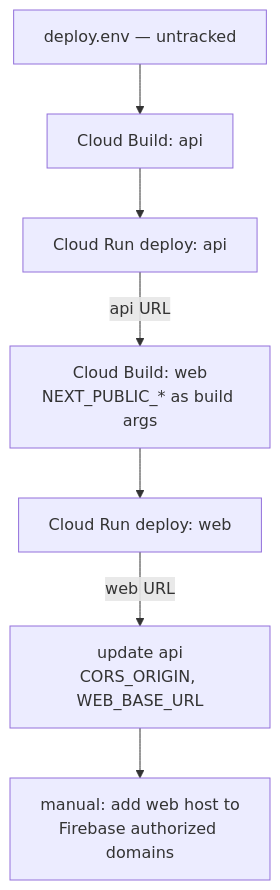
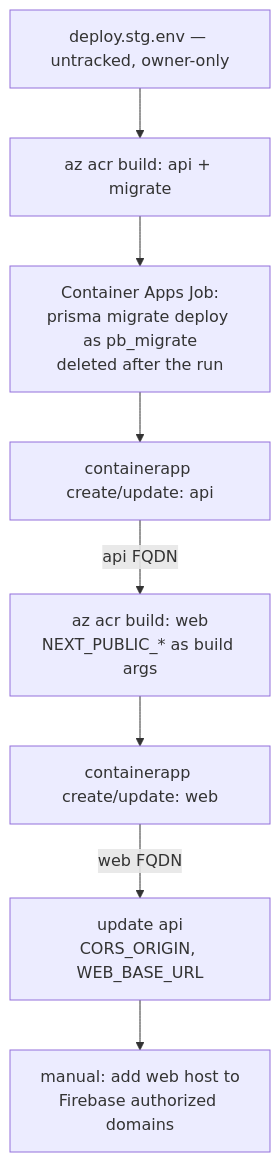
One commit to Lynns0416/buddy-app-copy changed the seventh of 7 diagrams in docs/architecture.md. Above: the diagram before and after it, drawn with Mermaid. The commit also changed other lines of this file and 10 other files, not shown here.

First line of the commit message:
infra: rewrite deploy.sh for Azure Container Apps (#177)

````diff
--- a/docs/architecture.md
+++ b/docs/architecture.md
@@ -340,9 +344,10 @@
 ```mermaid
 flowchart TD
-    C["deploy.env — untracked"] --> B1
-    B1["Cloud Build: api"] --> D1["Cloud Run deploy: api"]
-    D1 -->|"api URL"| B2["Cloud Build: web<br/>NEXT_PUBLIC_* as build args"]
-    B2 --> D2["Cloud Run deploy: web"]
-    D2 -->|"web URL"| P["update api<br/>CORS_ORIGIN, WEB_BASE_URL"]
+    C["deploy.stg.env — untracked, owner-only"] --> B1
+    B1["az acr build: api + migrate"] --> MIG["Container Apps Job:<br/>prisma migrate deploy as pb_migrate<br/>deleted after the run"]
+    MIG --> D1["containerapp create/update: api"]
+    D1 -->|"api FQDN"| B2["az acr build: web<br/>NEXT_PUBLIC_* as build args"]
+    B2 --> D2["containerapp create/update: web"]
+    D2 -->|"web FQDN"| P["update api<br/>CORS_ORIGIN, WEB_BASE_URL"]
     P --> M["manual: add web host to<br/>Firebase authorized domains"]
 ```
````
